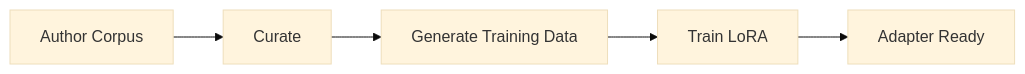
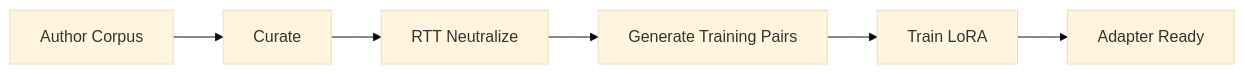
Before and after one commit to yogthos/revenant: the first of 5 diagrams in README.md, drawn with Mermaid (base theme). The commit also changed other lines of this file and 1 other file, not shown here.

Commit message:
add architecture doc

````diff
--- a/README.md
+++ b/README.md
@@ -63,7 +70,8 @@
 ```mermaid
 flowchart LR
     A[Author Corpus] --> B[Curate]
-    B --> C[Generate Training Data]
-    C --> D[Train LoRA]
-    D --> E[Adapter Ready]
+    B --> C[RTT Neutralize]
+    C --> D[Generate Training Pairs]
+    D --> E[Train LoRA]
+    E --> F[Adapter Ready]
 ```
````
